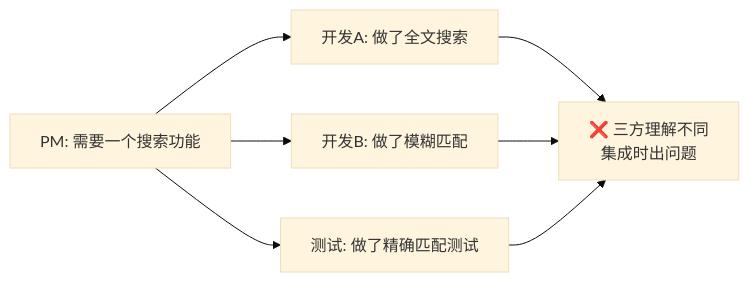
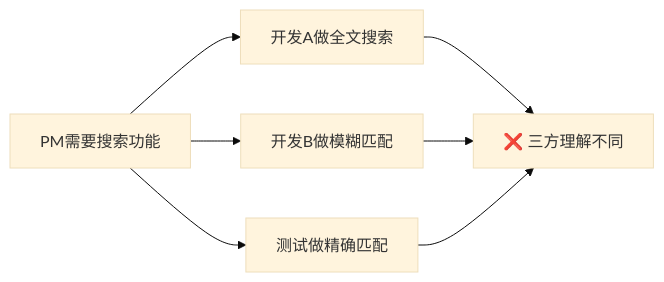
Before and after one commit to sail-y/blog: the fourth of 5 diagrams in source/_posts/Claude-Code技能选型：OpenSpec-vs-Superpowers-vs-Get-Shit-Done.md, drawn with Mermaid (base theme). The commit also changed other lines of this file, not shown here.

First line of the commit message:
修复SDD文章中Mermaid图表的语法错误

```diff
--- a/source/_posts/Claude-Code技能选型：OpenSpec-vs-Superpowers-vs-Get-Shit-Done.md
+++ b/source/_posts/Claude-Code技能选型：OpenSpec-vs-Superpowers-vs-Get-Shit-Done.md
@@ -93,10 +93,10 @@
 {% mermaid %}
 graph LR
-    PM[PM: 需要一个搜索功能] --> DA[开发A: 做了全文搜索]
-    PM --> DB[开发B: 做了模糊匹配]
-    PM --> Test[测试: 做了精确匹配测试]
+    PM["PM需要搜索功能"] --> DA["开发A做全文搜索"]
+    PM --> DB["开发B做模糊匹配"]
+    PM --> Test["测试做精确匹配"]
 
-    DA --> Error[❌ 三方理解不同<br/>集成时出问题]
+    DA --> Error["❌ 三方理解不同"]
     DB --> Error
     Test --> Error
 {% endmermaid %}
```
